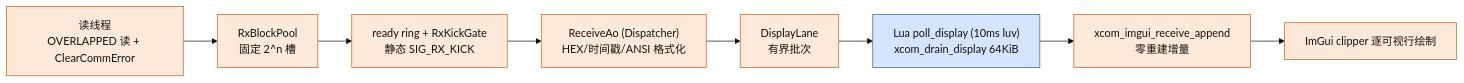
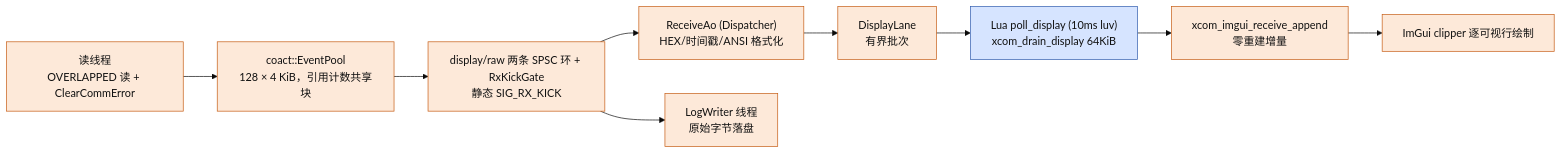
The fourth of 5 diagrams in docs/architecture.md (DeguiLiu/xcom_lua), drawn with Mermaid before and after one commit. The commit also changed other lines of this file and 19 other files, not shown here.

````diff
--- a/docs/architecture.md
+++ b/docs/architecture.md
@@ -206,15 +213,17 @@
 ```mermaid
 %%{init: {'theme':'base','themeVariables':{'fontFamily':'monospace'}}}%%
 flowchart LR
   classDef cpp fill:#FDE9D9,stroke:#C55A11,color:#111
   classDef lua fill:#D6E4FF,stroke:#2E5AAC,color:#111
   RD["读线程<br/>OVERLAPPED 读 + ClearCommError"]:::cpp
-  POOL["RxBlockPool<br/>固定 2^n 槽"]:::cpp
-  RING["ready ring + RxKickGate<br/>静态 SIG_RX_KICK"]:::cpp
+  POOL["coact::EventPool<br/>128 × 4 KiB，引用计数共享块"]:::cpp
+  RING["display/raw 两条 SPSC 环 + RxKickGate<br/>静态 SIG_RX_KICK"]:::cpp
   RA["ReceiveAo (Dispatcher)<br/>HEX/时间戳/ANSI 格式化"]:::cpp
   DL["DisplayLane<br/>有界批次"]:::cpp
+  LOG["LogWriter 线程<br/>原始字节落盘"]:::cpp
   POLL["Lua poll_display (10ms luv)<br/>xcom_drain_display 64KiB"]:::lua
   APP["xcom_imgui_receive_append<br/>零重建增量"]:::cpp
   DRAW["ImGui clipper 逐可视行绘制"]:::cpp
   RD --> POOL --> RING --> RA --> DL --> POLL --> APP --> DRAW
+  RING --> LOG
 ```
````
